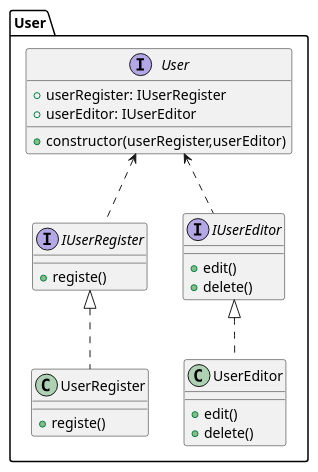
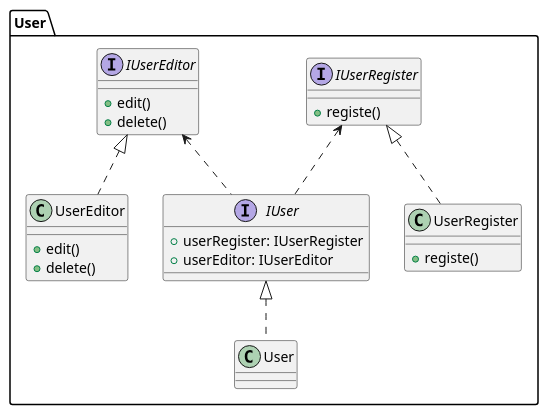
Before and after one commit to TOnodera/chatterman: the diagram in documents/plantUML/クラス図/サーバー/クラス図User.wsd, drawn with PlantUML.

Commit message:
クラス図修正

```diff
--- a/documents/plantUML/クラス図/サーバー/クラス図User.wsd
+++ b/documents/plantUML/クラス図/サーバー/クラス図User.wsd
@@ -1,36 +1,38 @@
 @startuml
 
 package User{
 
-    interface User{
+    interface IUser{
         +userRegister: IUserRegister
         +userEditor: IUserEditor
-        +constructor(userRegister,userEditor)
     }
 
     interface IUserRegister{
         +registe()
     }
 
     interface IUserEditor{
         +edit()
         +delete()
     }
 
     class UserRegister{
         +registe()
     }
 
     class UserEditor{
         +edit()
         +delete()
     }
 
+    class User
+
     IUserEditor <|.. UserEditor
     IUserRegister <|.. UserRegister
-    User <.. IUserRegister
-    User <.. IUserEditor
+    IUserRegister <.. IUser
+    IUserEditor <.. IUser
+    IUser <|.. User
 
 }
 
 @enduml
```
